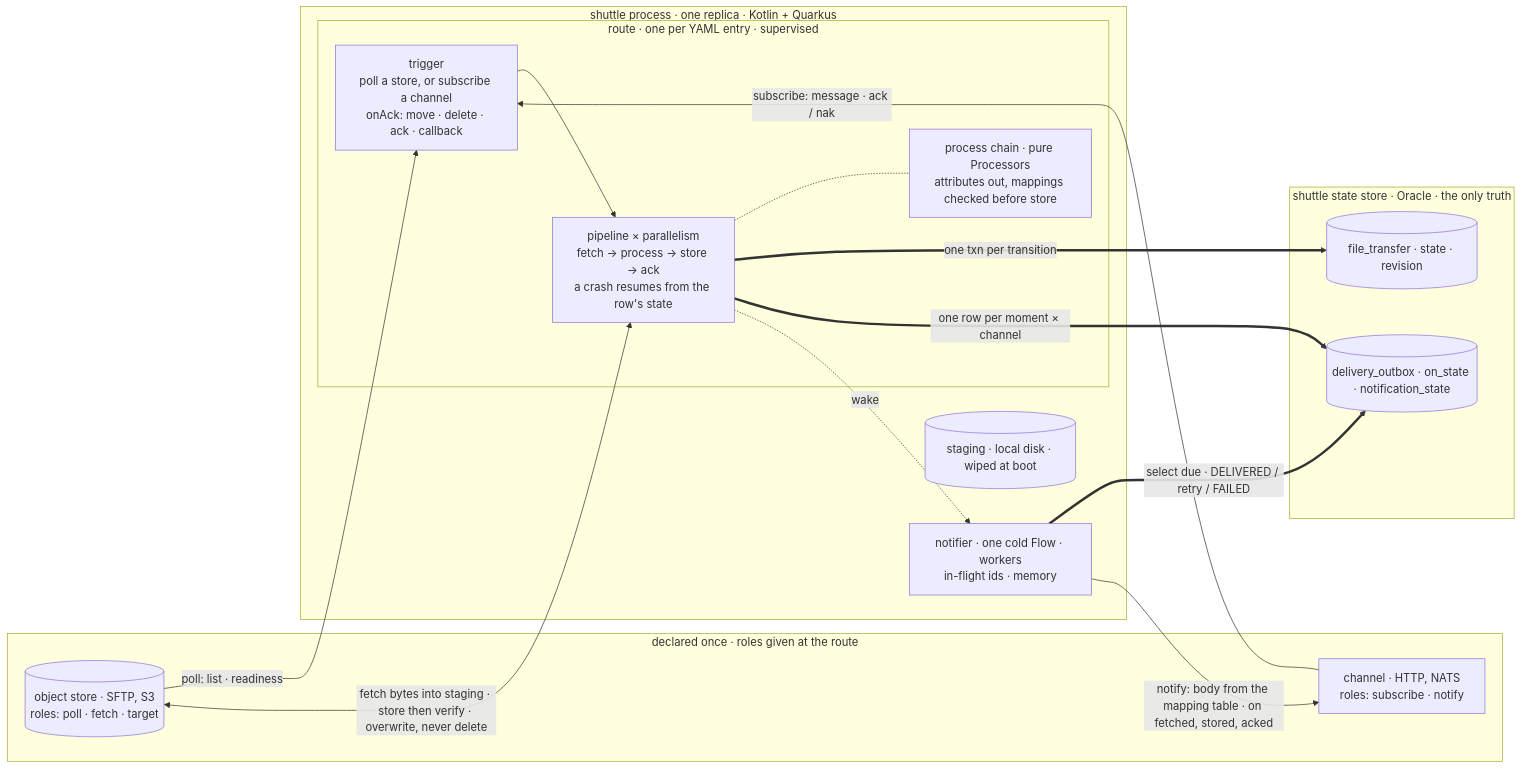
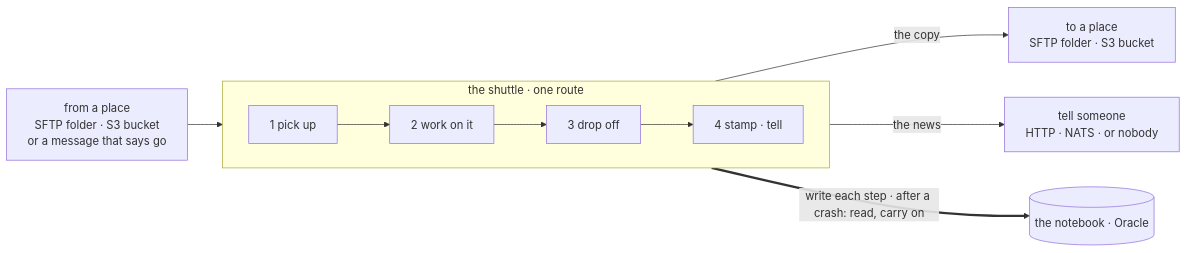
One commit to Chang-Chia-Chi/Kotlin_Practice changed the second of 5 diagrams in docs/shuttle/overview.md. Above: the diagram before and after it, drawn with Mermaid. The commit also changed other lines of this file and 1 other file, not shown here.

Commit message:
📝 Shuttle: the system picture in five boxes
From a place, the shuttle's four steps, to a place, tell someone, and
the notebook. The mechanism moved into three bullets under the figure
so the picture carries one idea: a route is a sentence, and the
notebook is why nothing is lost.

Claude-Session: https://claude.ai/code/session_013sm8dxqkqqfdEEW3AAGEnZ

````diff
--- a/docs/shuttle/overview.md
+++ b/docs/shuttle/overview.md
@@ -77,30 +75,11 @@
 ```mermaid
 flowchart LR
-    subgraph decl["declared once · roles given at the route"]
-        OS[("object store · SFTP, S3<br/>roles: poll · fetch · target")]
-        CH["channel · HTTP, NATS<br/>roles: subscribe · notify"]
+    FROM["from a place<br/>SFTP folder · S3 bucket<br/>or a message that says go"] --> S1
+    subgraph R["the shuttle · one route"]
+        direction LR
+        S1["1 pick up"] --> S2["2 work on it"] --> S3["3 drop off"] --> S4["4 stamp · tell"]
     end
-
-    subgraph proc["shuttle process · one replica · Kotlin + Quarkus"]
-        subgraph route["route · one per YAML entry · supervised"]
-            TR["trigger<br/>poll a store, or subscribe a channel<br/>onAck: move · delete · ack · callback"] --> PL["pipeline × parallelism<br/>fetch → process → store → ack<br/>a crash resumes from the row's state"]
-            PL -.- PC["process chain · pure Processors<br/>attributes out, mappings checked before store"]
-        end
-        NOT["notifier · one cold Flow · workers<br/>in-flight ids · memory"]
-        STG[("staging · local disk · wiped at boot")]
-    end
-
-    subgraph ora["shuttle state store · Oracle · the only truth"]
-        FT[("file_transfer · state · revision")]
-        DO[("delivery_outbox · on_state · notification_state")]
-    end
-
-    OS -- "poll: list · readiness" --> TR
-    CH -- "subscribe: message · ack / nak" --> TR
-    OS <-- "fetch bytes into staging · store then verify · overwrite, never delete" --> PL
-    PL == "one txn per transition" ==> FT
-    PL == "one row per moment × channel" ==> DO
-    PL -. "wake" .-> NOT
-    NOT == "select due · DELIVERED / retry / FAILED" ==> DO
-    NOT -- "notify: body from the mapping table · on fetched, stored, acked" --> CH
+    S4 -- "the copy" --> TO["to a place<br/>SFTP folder · S3 bucket"]
+    S4 -- "the news" --> TELL["tell someone<br/>HTTP · NATS · or nobody"]
+    R == "write each step · after a crash: read, carry on" ==> NB[("the notebook · Oracle")]
 ```
````
